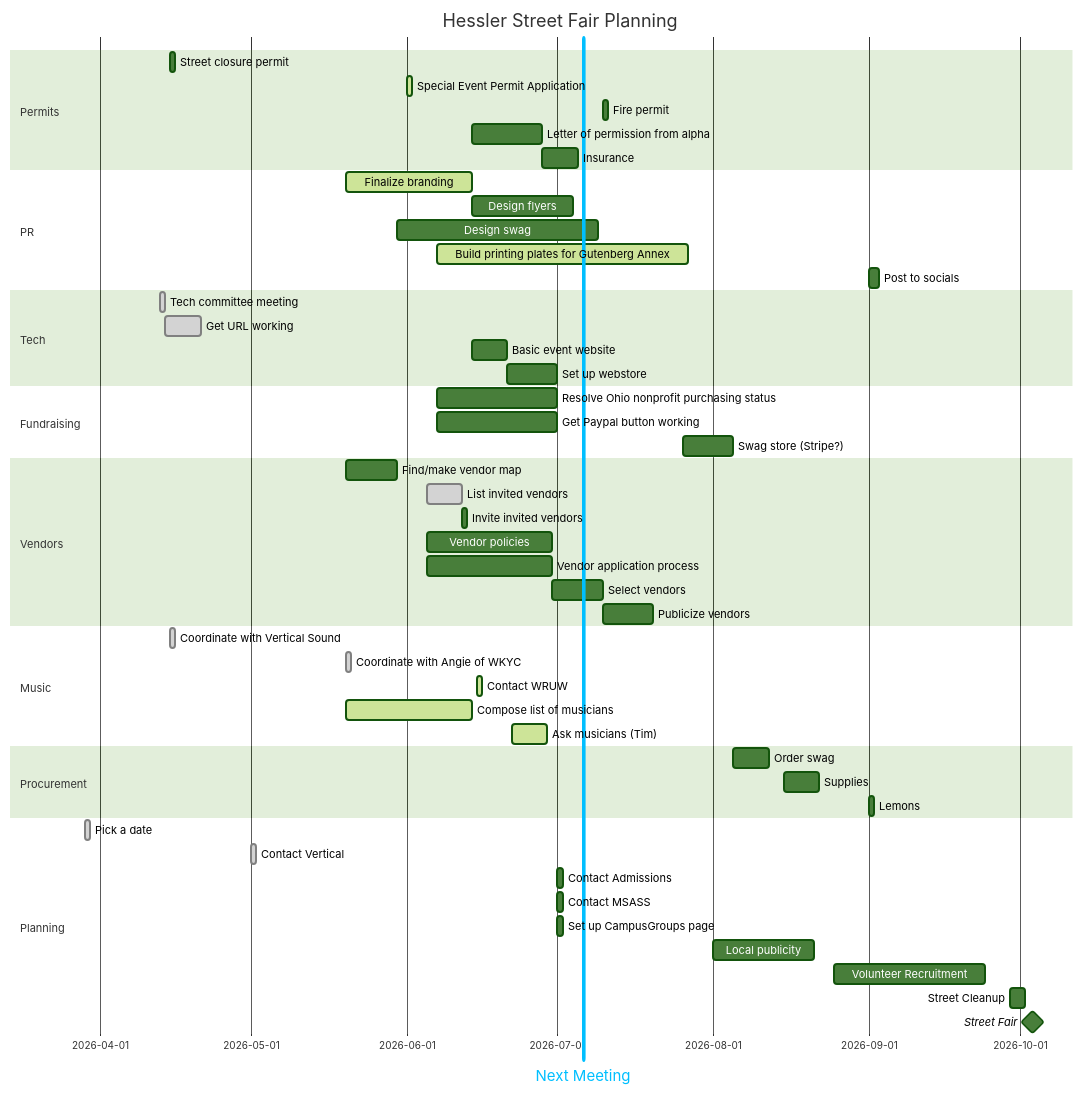
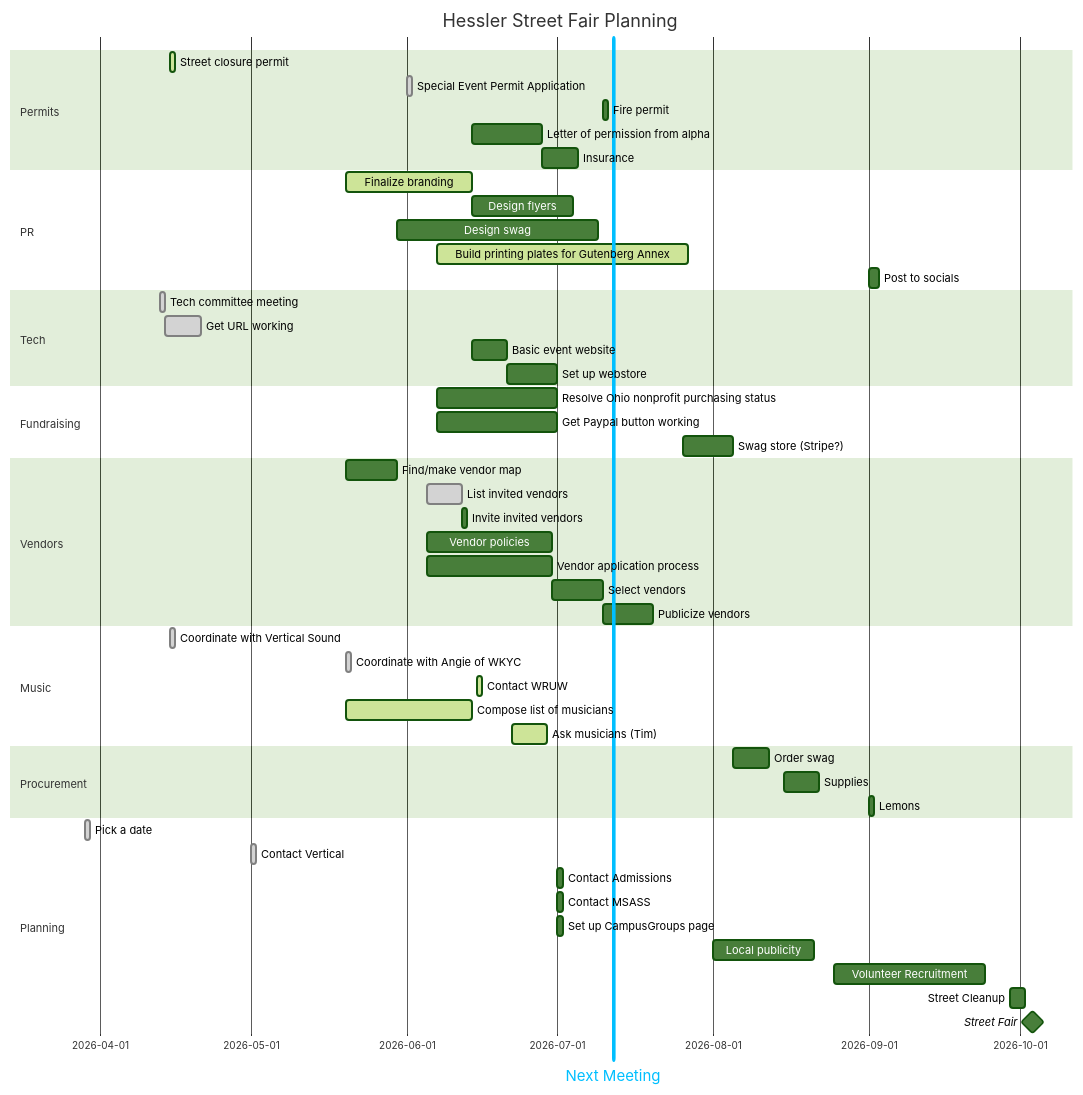
One commit to KCollins/KCollins.github.io changed the first of 2 diagrams in files/fairplan.md. Above: the diagram before and after it, drawn with Mermaid.

````diff
--- a/files/fairplan.md
+++ b/files/fairplan.md
@@ -1,59 +1,59 @@
 ```mermaid
 %%{init: {'theme': 'forest'}}%%
 gantt
     title  Hessler Street Fair Planning
     dateFormat YYYY-MM-DD
     section Permits
-            Street closure permit    :streetpermit, 2026-04-15, 1d
-            Special Event Permit Application    :active, eventpermit, 2026-06-01, 1d
+            Street closure permit    :active, streetpermit, 2026-04-15, 1d
+            Special Event Permit Application    :done, eventpermit, 2026-06-01, 1d
             Fire permit    :firepermit, after vendorselect eventpermit, 1d
             Letter of permission from alpha: alphaletter, 2026-06-14, 14d
             Insurance: insurance, after alphaletter, 7d
 
     section PR
             Finalize branding :active, brand, 2026-05-20, 25d
             %% Reminder: get binder back from Zoe!
             Design flyers : flyers, after brand, 20d
             Design swag    : designswag, 2026-05-30, 40d
             Build printing plates for Gutenberg Annex: active, 3dplates, 2026-06-07, 50d
             Post to socials: socials, 2026-09-01, 2d
     section Tech
             Tech committee meeting: done, techmeet, 2026-04-13, 1d
             Get URL working:done, url, after techmeet, 7d
             Basic event website: basicsite, after brand, 7d
             Set up webstore: webstore, after basicsite, 10d
     section Fundraising
             Resolve Ohio nonprofit purchasing status: nonprofitstatus, 2026-06-07, 24d
             Get Paypal button working: paypal, 2026-06-07, 24d
             Swag store (Stripe?)    :swagstore, after designswag webstore swag, 10d
     section Vendors
             Find/make vendor map: vendormap, 2026-05-20, 10d
             List invited vendors: done, invitelist, 2026-06-05, 7d
             Invite invited vendors: invite, after invitelist eventpermit, 1d
             Vendor policies: policy, 2026-06-05, 25d
             Vendor application process: vendorapp, 2026-06-05, 25d
             Select vendors: vendorselect, after invitelist vendorapp, 10d
             Publicize vendors: vendor-announce, after vendorselect, 10d
     section Music
             Coordinate with Vertical Sound    :done, vertical, 2026-04-15, 1d
             Coordinate with Angie of WKYC    : done, wkyc, 2026-05-20, 1d
             Contact WRUW:active,  wruw, 2026-06-15, 1d
             Compose list of musicians: active, musiclist, 2026-05-20, 25d
             Ask musicians (Tim): active, timask, 2026-06-22, 7d
     section Procurement
             Order swag:   swag, after swagstore, 7d
             Supplies: supplies, 2026-08-15, 7d
             Lemons: lemons, 2026-09-01, 1d
     section Planning
             Pick a date :done, pick, 2026-03-29, 1d
-            Next Meeting :vert, v1, 2026-07-06, 0d
+            Next Meeting :vert, v1, 2026-07-12, 0d
             Contact Vertical: done, vertical, 2026-05-01, 1d
             Contact Admissions: admissions, 2026-07-01, 1d
             Contact MSASS: msass, 2026-07-01, 1d
             Set up CampusGroups page: campusgroups, 2026-07-01, 1d
             Local publicity: publicize, 2026-08-01, 20d
             Volunteer Recruitment: recruit, 2026-08-25, 30d
             Street Cleanup: cleanup, 2026-09-29, 3d
             Street Fair        :milestone, streetfair, 2026-10-03, 1d
 
 ```
````
